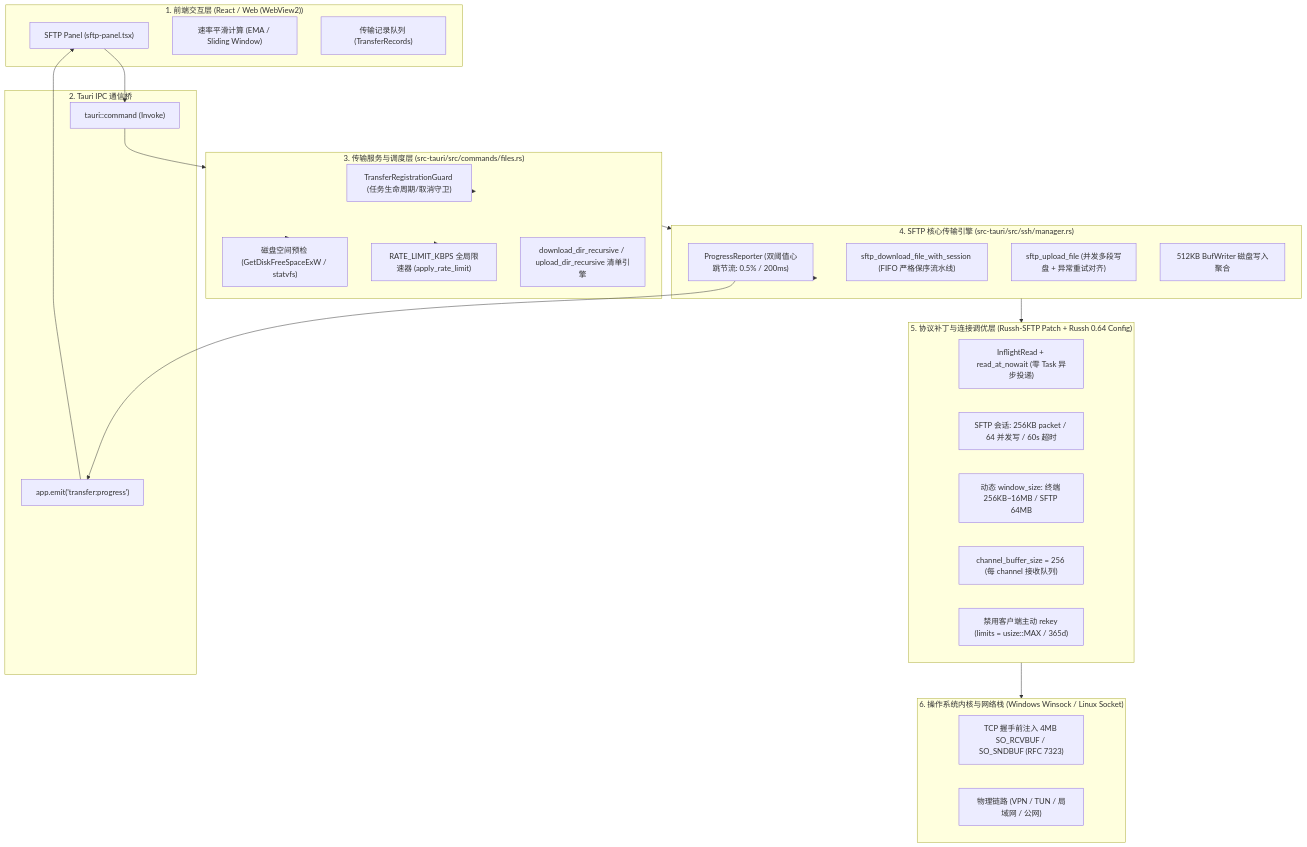
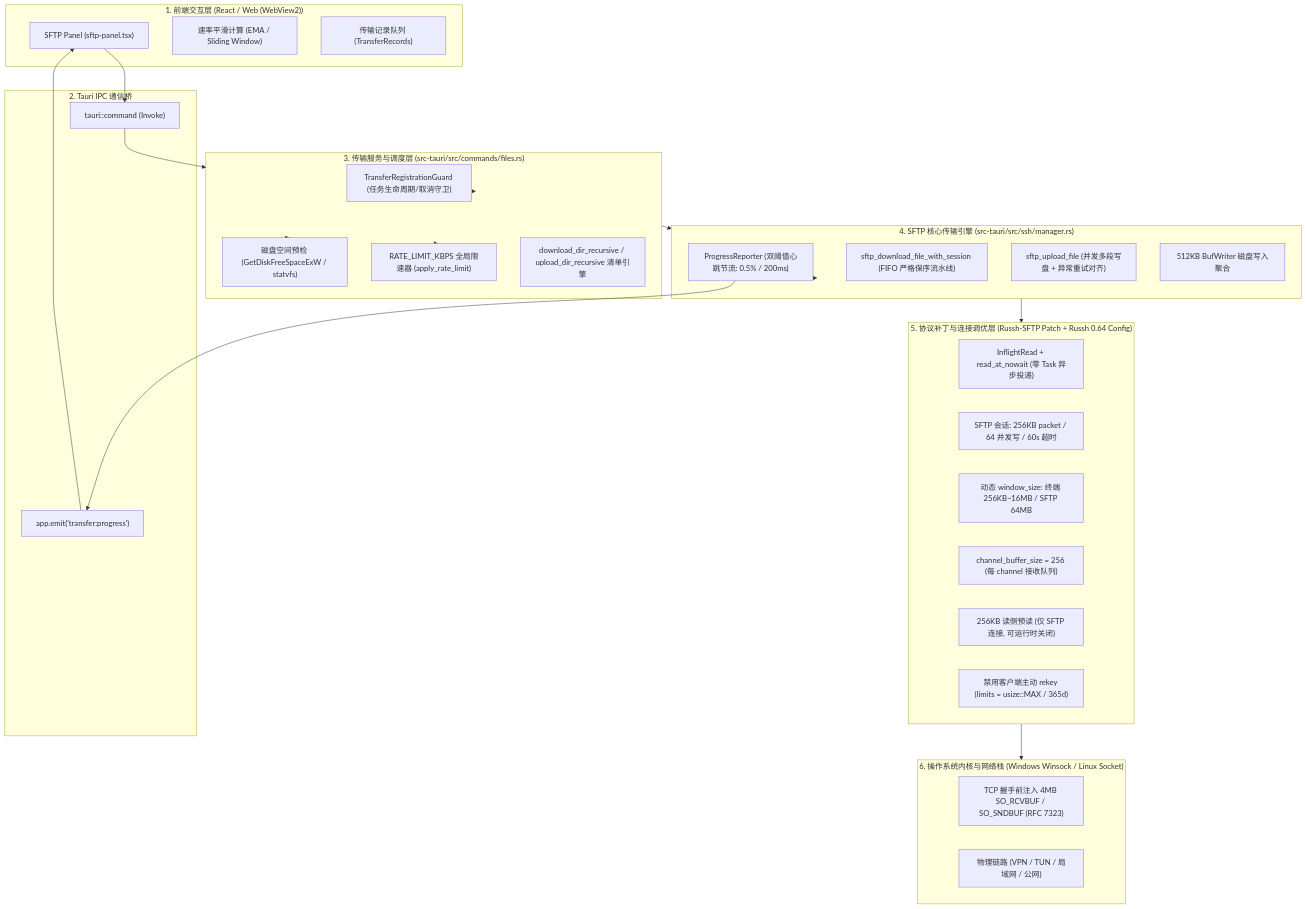
One commit to Tomshushu/Qshell changed the diagram in docs/SFTP_AND_FILE_TRANSFER_BACKEND_ARCHITECTURE.md. Above: the diagram before and after it, drawn with Mermaid. The commit also changed other lines of this file and 30 other files, not shown here.

````diff
--- a/docs/SFTP_AND_FILE_TRANSFER_BACKEND_ARCHITECTURE.md
+++ b/docs/SFTP_AND_FILE_TRANSFER_BACKEND_ARCHITECTURE.md
@@ -14,52 +14,53 @@
 ```mermaid
 flowchart TD
     subgraph UI ["1. 前端交互层 (React / Web (WebView2))"]
         Panel["SFTP Panel (sftp-panel.tsx)"]
         UI_EMA["速率平滑计算 (EMA / Sliding Window)"]
         UI_Queue["传输记录队列 (TransferRecords)"]
     end
 
     subgraph IPC ["2. Tauri IPC 通信桥"]
         API_Invoke["tauri::command (Invoke)"]
         API_Emit["app.emit('transfer:progress')"]
     end
 
     subgraph Service ["3. 传输服务与调度层 (src-tauri/src/commands/files.rs)"]
         Guard["TransferRegistrationGuard (任务生命周期/取消守卫)"]
         PreCheck["磁盘空间预检 (GetDiskFreeSpaceExW / statvfs)"]
         Limiter["RATE_LIMIT_KBPS 全局限速器 (apply_rate_limit)"]
         Recursive["download_dir_recursive / upload_dir_recursive 清单引擎"]
     end
 
     subgraph Engine ["4. SFTP 核心传输引擎 (src-tauri/src/ssh/manager.rs)"]
         Reporter["ProgressReporter (双阈值心跳节流: 0.5% / 200ms)"]
         DownEngine["sftp_download_file_with_session (FIFO 严格保序流水线)"]
         UpEngine["sftp_upload_file (并发多段写盘 + 异常重试对齐)"]
         BufWriter["512KB BufWriter 磁盘写入聚合"]
     end
 
     subgraph Patches ["5. 协议补丁与连接调优层 (Russh-SFTP Patch + Russh 0.64 Config)"]
         Inflight["InflightRead + read_at_nowait (零 Task 异步投递)"]
         SftpCfg["SFTP 会话: 256KB packet / 64 并发写 / 60s 超时"]
         Window["动态 window_size: 终端 256KB~16MB / SFTP 64MB"]
         ChanBuf["channel_buffer_size = 256 (每 channel 接收队列)"]
+        ReadBuf["256KB 读侧预读 (仅 SFTP 连接, 可运行时关闭)"]
         Rekey["禁用客户端主动 rekey (limits = usize::MAX / 365d)"]
     end
 
     subgraph Kernel ["6. 操作系统内核与网络栈 (Windows Winsock / Linux Socket)"]
         PreSock["TCP 握手前注入 4MB SO_RCVBUF / SO_SNDBUF (RFC 7323)"]
         Network["物理链路 (VPN / TUN / 局域网 / 公网)"]
     end
 
     Panel --> API_Invoke
     API_Invoke --> Service
     Service --> Guard
     Service --> PreCheck
     Service --> Limiter
     Service --> Engine
     Engine --> Reporter
     Reporter --> API_Emit
     API_Emit --> Panel
     Engine --> Patches
     Patches --> Kernel
 ```
````
